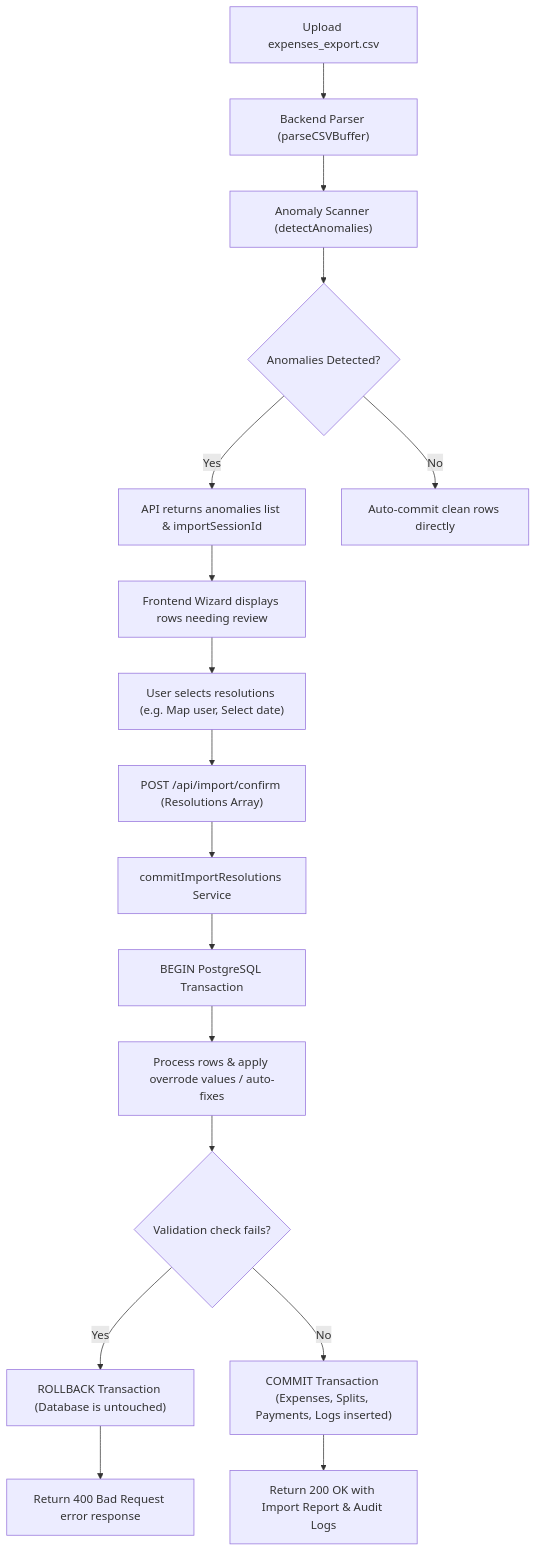
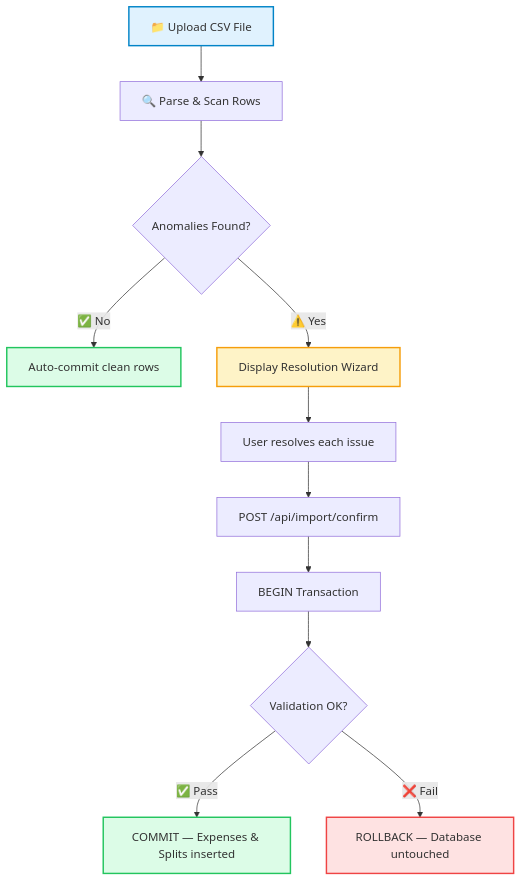
The first of 2 diagrams in README.md (shivamyadav039/SplitSmart), drawn with Mermaid before and after one commit. The commit also changed other lines of this file and 2 other files, not shown here.

````diff
--- a/README.md
+++ b/README.md
@@ -85,26 +184,23 @@
 ```mermaid
 graph TD
-    A["Upload expenses_export.csv"] --> B["Backend Parser (parseCSVBuffer)"]
-    B --> C["Anomaly Scanner (detectAnomalies)"]
+    A["📁 Upload CSV File"] --> B["🔍 Parse & Scan Rows"]
+    B --> C{"Anomalies Found?"}
     
-    C --> D{"Anomalies Detected?"}
+    C -- "✅ No" --> D["Auto-commit clean rows"]
+    C -- "⚠️ Yes" --> E["Display Resolution Wizard"]
     
-    D -- Yes --> E["API returns anomalies list & importSessionId"]
-    D -- No --> F["Auto-commit clean rows directly"]
+    E --> F["User resolves each issue"]
+    F --> G["POST /api/import/confirm"]
     
-    E --> G["Frontend Wizard displays rows needing review"]
-    G --> H["User selects resolutions (e.g. Map user, Select date)"]
-    H --> I["POST /api/import/confirm (Resolutions Array)"]
+    G --> H["BEGIN Transaction"]
+    H --> I{"Validation OK?"}
     
-    I --> J["commitImportResolutions Service"]
-    J --> K["BEGIN PostgreSQL Transaction"]
+    I -- "✅ Pass" --> J["COMMIT — Expenses & Splits inserted"]
+    I -- "❌ Fail" --> K["ROLLBACK — Database untouched"]
     
-    K --> L["Process rows & apply overrode values / auto-fixes"]
-    L --> M{"Validation check fails?"}
-    
-    M -- Yes --> N["ROLLBACK Transaction (Database is untouched)"]
-    M -- No --> O["COMMIT Transaction (Expenses, Splits, Payments, Logs inserted)"]
-    
-    N --> P["Return 400 Bad Request error response"]
-    O --> Q["Return 200 OK with Import Report & Audit Logs"]
+    style A fill:#e0f2fe,stroke:#0284c7,stroke-width:2px,color:#333
+    style D fill:#dcfce7,stroke:#22c55e,stroke-width:2px,color:#333
+    style J fill:#dcfce7,stroke:#22c55e,stroke-width:2px,color:#333
+    style K fill:#fee2e2,stroke:#ef4444,stroke-width:2px,color:#333
+    style E fill:#fef3c7,stroke:#f59e0b,stroke-width:2px,color:#333
 ```
````
